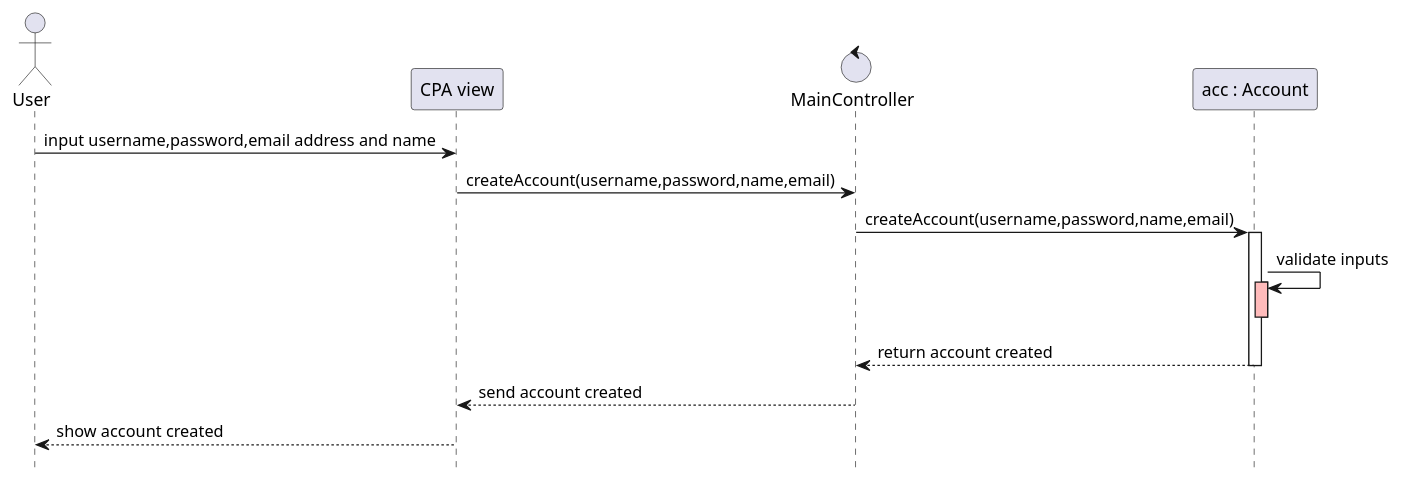
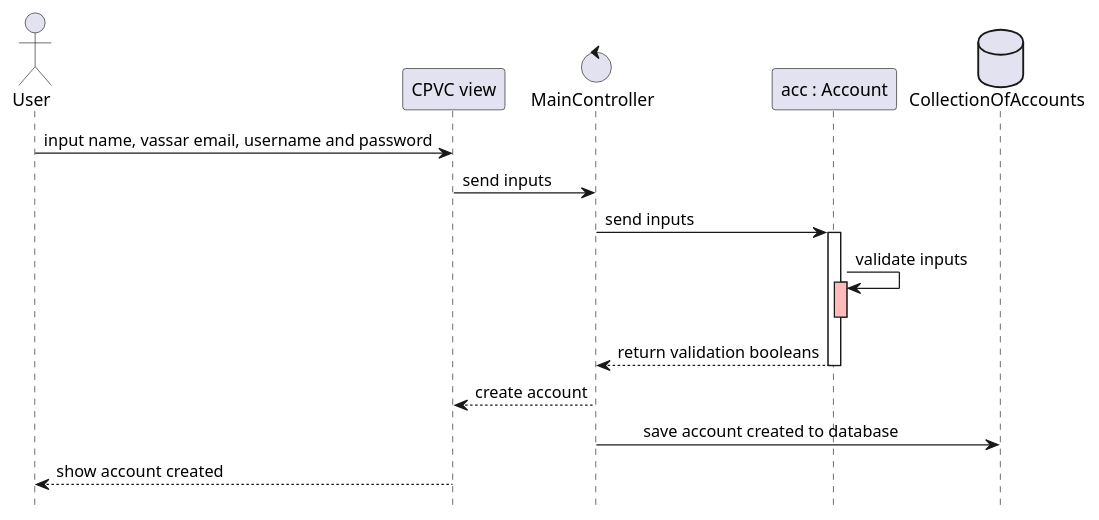
One commit to PriyaMulla/Carpool-Connect-VC changed the second of 7 diagrams in intellij/doc/design.md. Above: the diagram before and after it, drawn with PlantUML. The commit also changed other lines of this file and 7 other files, not shown here.

````diff
--- a/intellij/doc/design.md
+++ b/intellij/doc/design.md
@@ -62,31 +62,32 @@
 ```plantuml
 @startuml
 hide footbox
 
 'ACTORS
 actor User as user
-participant "CPA view" as system
+participant "CPVC view" as system
 control "MainController" as controller
 participant "acc : Account" as account
+database "CollectionOfAccounts" as Adatabase
 
 
-
-user -> system : input username,password,email address and name 
-system -> controller : createAccount(username,password,name,email)
-controller -> account : createAccount(username,password,name,email)
+user -> system : input name, vassar email, username and password 
+system -> controller : send inputs
+controller -> account : send inputs
 
 activate account
 
 account -> account : validate inputs
 activate account #FFBBBB
 
 deactivate account
 
-account --> controller : return account created
+account --> controller : return validation booleans
 deactivate account
-controller --> system : send account created
+controller --> system : create account
+controller -> Adatabase : \t save account created to database
 system --> user : show account created
 
 
 @enduml
 ```
````
